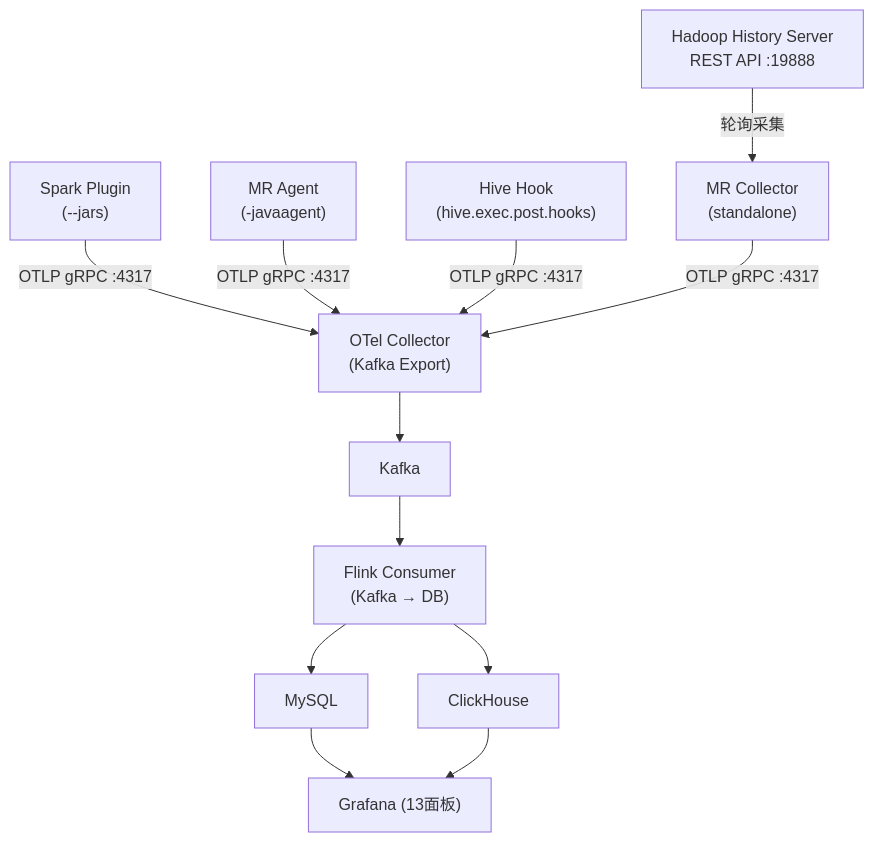
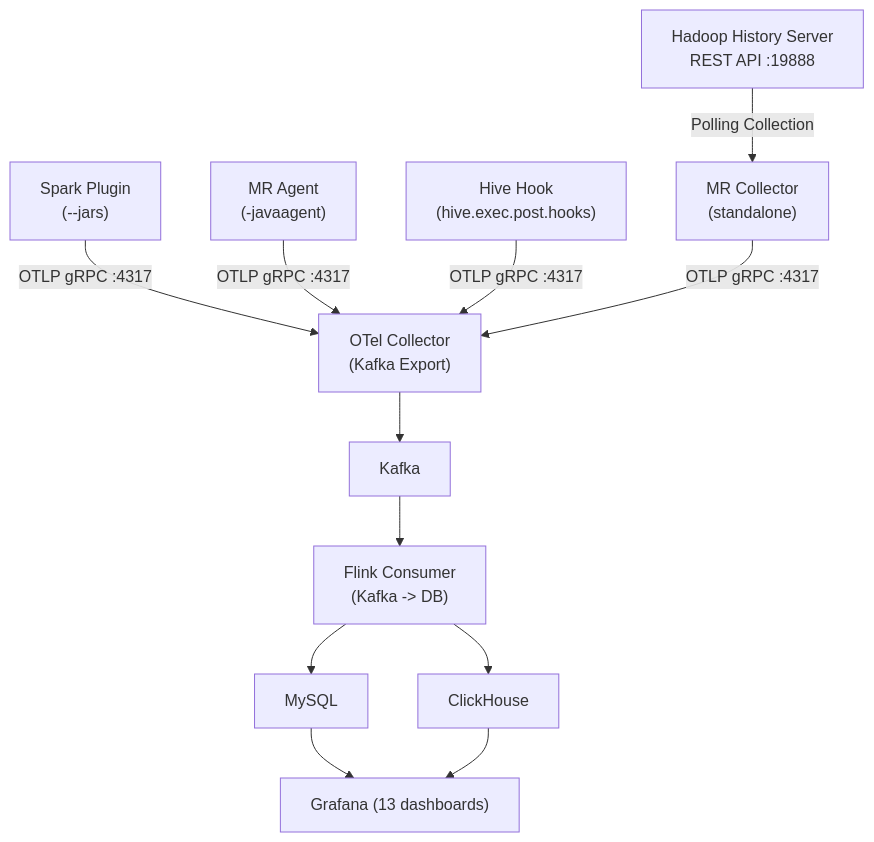
Before and after one commit to xmg333/hadoop-telemetry-stack: the diagram in docs/quickstart.md, drawn with Mermaid. The commit also changed other lines of this file and 69 other files, not shown here.

````diff
--- a/docs/quickstart.md
+++ b/docs/quickstart.md
@@ -5,28 +5,28 @@
 ```mermaid
 graph TD
     SP["Spark Plugin<br/>(--jars)"]
     MA["MR Agent<br/>(-javaagent)"]
     HH["Hive Hook<br/>(hive.exec.post.hooks)"]
     MC["MR Collector<br/>(standalone)"]
 
     OTEL["OTel Collector<br/>(Kafka Export)"]
     HS["Hadoop History Server<br/>REST API :19888"]
     KAFKA["Kafka"]
-    FLINK["Flink Consumer<br/>(Kafka → DB)"]
+    FLINK["Flink Consumer<br/>(Kafka -> DB)"]
     MYSQL["MySQL"]
     CH["ClickHouse"]
-    GRAFANA["Grafana (13面板)"]
+    GRAFANA["Grafana (13 dashboards)"]
 
     SP -->|"OTLP gRPC :4317"| OTEL
     MA -->|"OTLP gRPC :4317"| OTEL
     HH -->|"OTLP gRPC :4317"| OTEL
-    HS -->|"轮询采集"| MC
+    HS -->|"Polling Collection"| MC
     MC -->|"OTLP gRPC :4317"| OTEL
 
     OTEL --> KAFKA
     KAFKA --> FLINK
     FLINK --> MYSQL
     FLINK --> CH
     MYSQL --> GRAFANA
     CH --> GRAFANA
 ```
````
